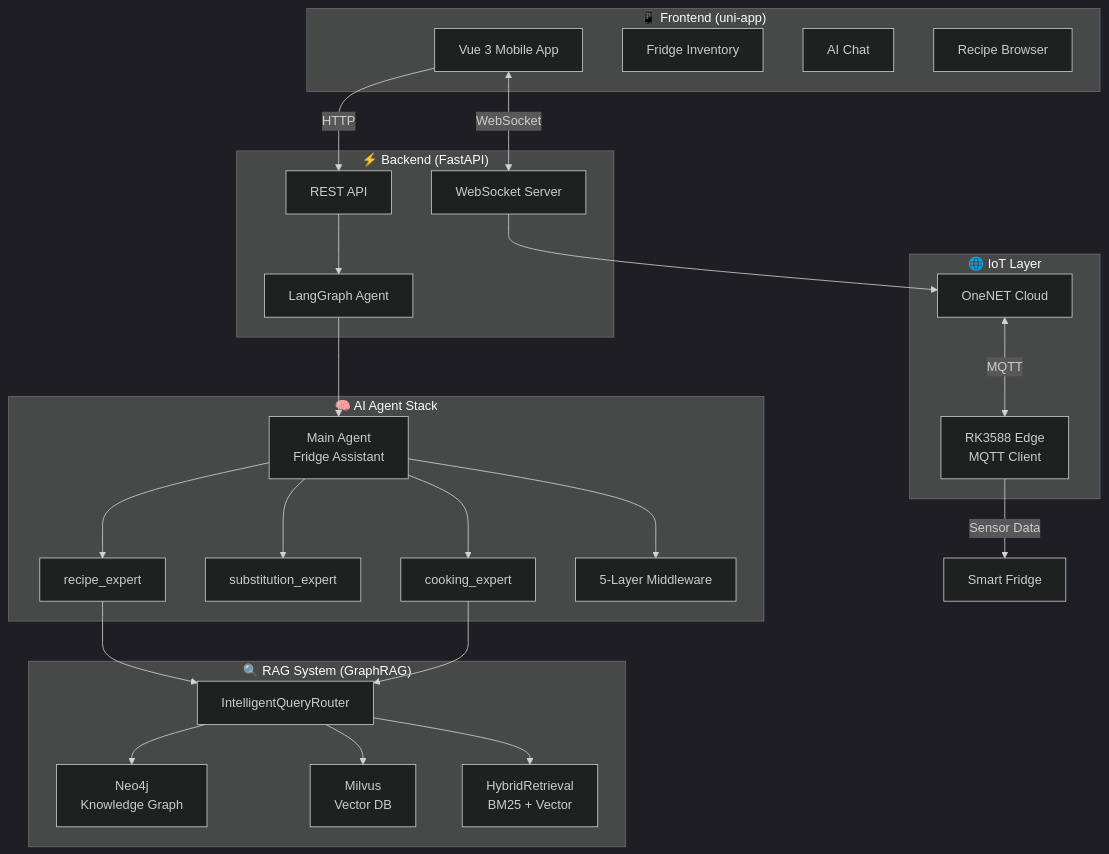
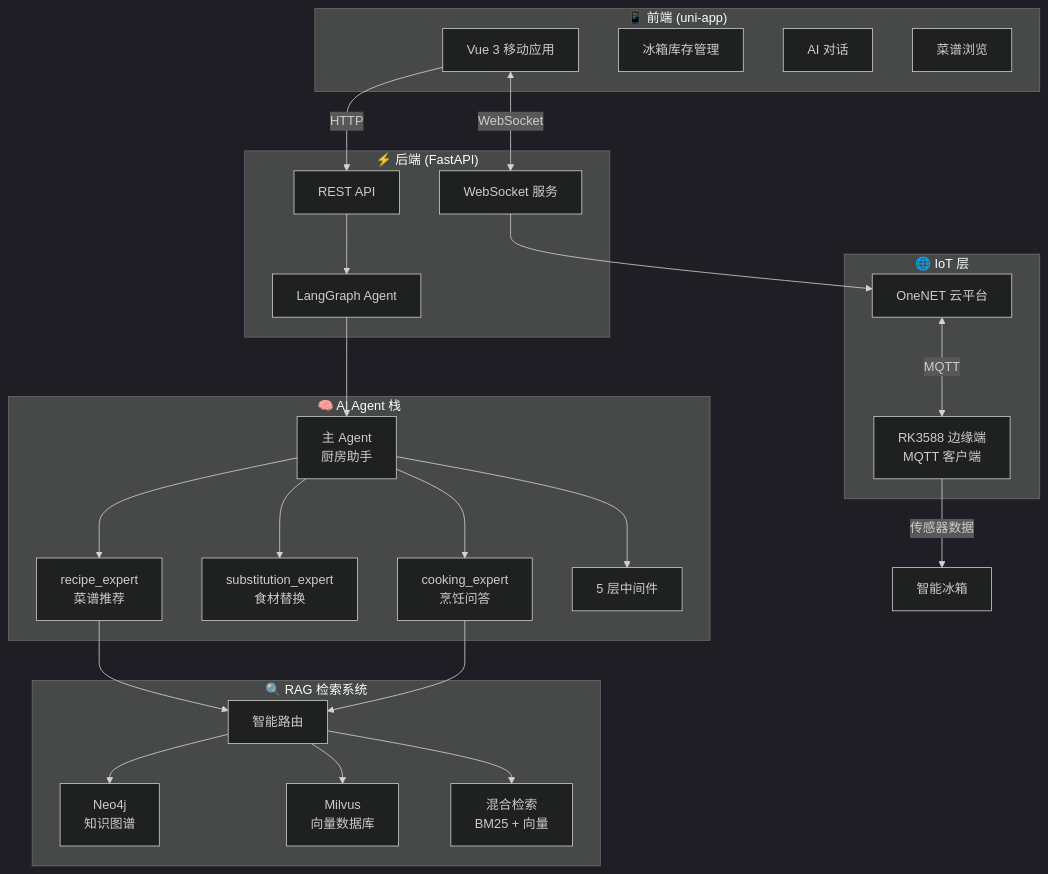
One commit to silver4444-xs/FridgeApp changed the first of 2 diagrams in README.md. Above: the diagram before and after it, drawn with Mermaid (dark theme). The commit also changed other lines of this file, not shown here.

````diff
--- a/README.md
+++ b/README.md
@@ -90,47 +86,47 @@
 ```mermaid
 graph TB
-    subgraph "📱 Frontend (uni-app)"
-        A[Vue 3 Mobile App]
-        A1[Fridge Inventory]
-        A2[AI Chat]
-        A3[Recipe Browser]
+    subgraph "📱 前端 (uni-app)"
+        A[Vue 3 移动应用]
+        A1[冰箱库存管理]
+        A2[AI 对话]
+        A3[菜谱浏览]
     end
 
-    subgraph "⚡ Backend (FastAPI)"
-        B[WebSocket Server]
+    subgraph "⚡ 后端 (FastAPI)"
+        B[WebSocket 服务]
         C[REST API]
         D[LangGraph Agent]
     end
 
-    subgraph "🧠 AI Agent Stack"
-        E[Main Agent<br/>Fridge Assistant]
-        F1[recipe_expert]
-        F2[substitution_expert]
-        F3[cooking_expert]
-        G[5-Layer Middleware]
+    subgraph "🧠 AI Agent 栈"
+        E[主 Agent<br/>厨房助手]
+        F1[recipe_expert<br/>菜谱推荐]
+        F2[substitution_expert<br/>食材替换]
+        F3[cooking_expert<br/>烹饪问答]
+        G[5 层中间件]
     end
 
-    subgraph "🔍 RAG System (GraphRAG)"
-        H[IntelligentQueryRouter]
-        I[Neo4j<br/>Knowledge Graph]
-        J[Milvus<br/>Vector DB]
-        K[HybridRetrieval<br/>BM25 + Vector]
+    subgraph "🔍 RAG 检索系统"
+        H[智能路由]
+        I[Neo4j<br/>知识图谱]
+        J[Milvus<br/>向量数据库]
+        K[混合检索<br/>BM25 + 向量]
     end
 
-    subgraph "🌐 IoT Layer"
-        L[OneNET Cloud]
-        M[RK3588 Edge<br/>MQTT Client]
+    subgraph "🌐 IoT 层"
+        L[OneNET 云平台]
+        M[RK3588 边缘端<br/>MQTT 客户端]
     end
 
     A <-->|WebSocket| B
     A -->|HTTP| C
     C --> D
     D --> E
     E --> F1 & F2 & F3
     E --> G
     F1 & F3 --> H
     H --> I & J & K
     B --> L
     L <-->|MQTT| M
-    M -->|"Sensor Data"| N[Smart Fridge]
+    M -->|"传感器数据"| N[智能冰箱]
 ```
````
